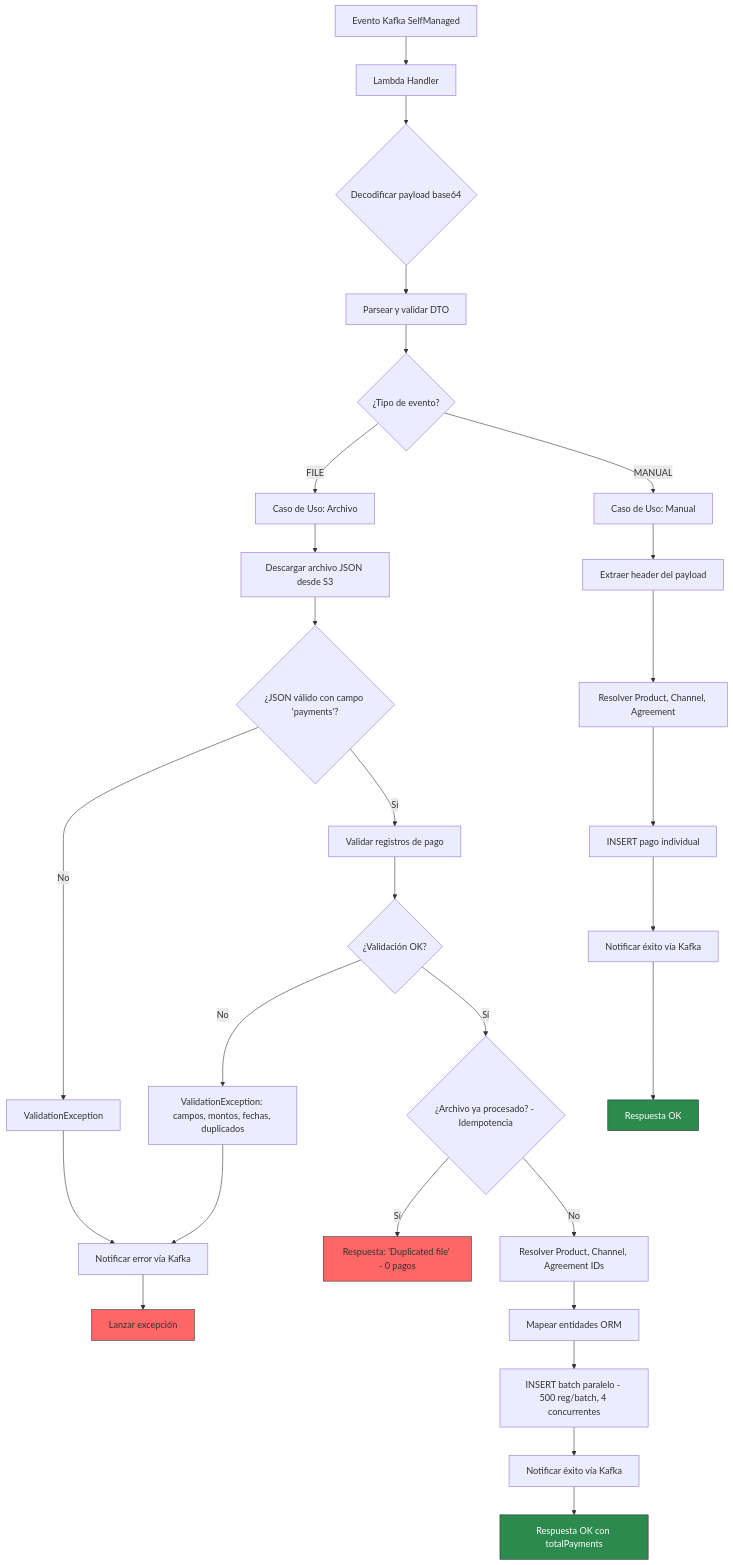
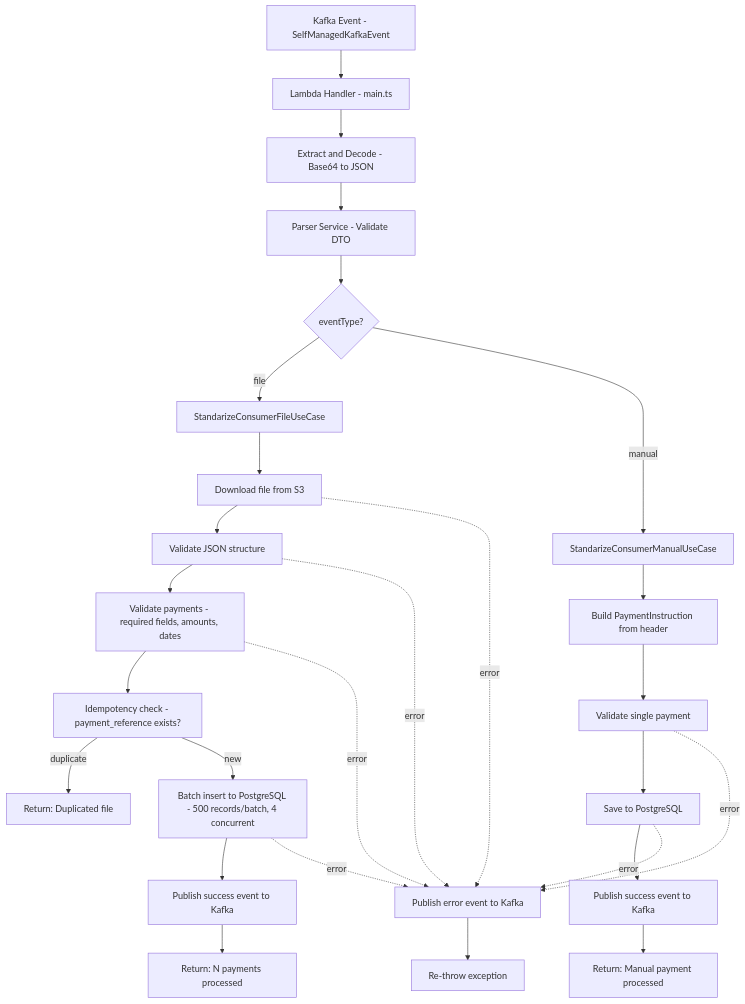
The first of 14 diagrams in file.md (Repomrks/test), drawn with Mermaid before and after one commit. The commit also changed other lines of this file, not shown here.

````diff
--- a/file.md
+++ b/file.md
@@ -1,42 +5,33 @@
 ```mermaid
 flowchart TD
-    A[Evento Kafka SelfManaged] --> B[Lambda Handler]
-    B --> C{Decodificar payload base64}
-    C --> D[Parsear y validar DTO]
-    D --> E{¿Tipo de evento?}
-    
-    E -->|FILE| F[Caso de Uso: Archivo]
-    E -->|MANUAL| G[Caso de Uso: Manual]
-    
-    F --> F1[Descargar archivo JSON desde S3]
-    F1 --> F2{¿JSON válido con campo 'payments'?}
-    F2 -->|No| ERR1[ValidationException]
-    F2 -->|Sí| F3[Validar registros de pago]
-    
-    F3 --> F4{¿Validación OK?}
-    F4 -->|No| ERR2[ValidationException: campos, montos, fechas, duplicados]
-    F4 -->|Sí| F5{¿Archivo ya procesado? - Idempotencia}
-    
-    F5 -->|Sí| F6[Respuesta: 'Duplicated file' - 0 pagos]
-    F5 -->|No| F7[Resolver Product, Channel, Agreement IDs]
-    
-    F7 --> F8[Mapear entidades ORM]
-    F8 --> F9[INSERT batch paralelo - 500 reg/batch, 4 concurrentes]
-    F9 --> F10[Notificar éxito vía Kafka]
-    F10 --> F11[Respuesta OK con totalPayments]
-    
-    G --> G1[Extraer header del payload]
-    G1 --> G2[Resolver Product, Channel, Agreement]
-    G2 --> G3[INSERT pago individual]
-    G3 --> G4[Notificar éxito vía Kafka]
-    G4 --> G5[Respuesta OK]
-    
-    ERR1 --> NOTIFY_ERR[Notificar error vía Kafka]
-    ERR2 --> NOTIFY_ERR
-    NOTIFY_ERR --> THROW[Lanzar excepción]
-    
-    style F6 fill:#f66,stroke:#333
-    style F11 fill:#2d8a4e,stroke:#333,color:#fff
-    style G5 fill:#2d8a4e,stroke:#333,color:#fff
-    style THROW fill:#f66,stroke:#333
+    A[Kafka Event - SelfManagedKafkaEvent] --> B[Lambda Handler - main.ts]
+    B --> C[Extract and Decode - Base64 to JSON]
+    C --> D[Parser Service - Validate DTO]
+    D --> E{eventType?}
+
+    E -->|file| F[StandarizeConsumerFileUseCase]
+    E -->|manual| G[StandarizeConsumerManualUseCase]
+
+    F --> F1[Download file from S3]
+    F1 --> F2[Validate JSON structure]
+    F2 --> F3[Validate payments - required fields, amounts, dates]
+    F3 --> F4[Idempotency check - payment_reference exists?]
+    F4 -->|duplicate| F5[Return: Duplicated file]
+    F4 -->|new| F6[Batch insert to PostgreSQL - 500 records/batch, 4 concurrent]
+    F6 --> F7[Publish success event to Kafka]
+    F7 --> F8[Return: N payments processed]
+
+    G --> G1[Build PaymentInstruction from header]
+    G1 --> G2[Validate single payment]
+    G2 --> G3[Save to PostgreSQL]
+    G3 --> G4[Publish success event to Kafka]
+    G4 --> G5[Return: Manual payment processed]
+
+    F1 -.->|error| ERR[Publish error event to Kafka]
+    F2 -.->|error| ERR
+    F3 -.->|error| ERR
+    F6 -.->|error| ERR
+    G2 -.->|error| ERR
+    G3 -.->|error| ERR
+    ERR --> THROW[Re-throw exception]
 ```
````
